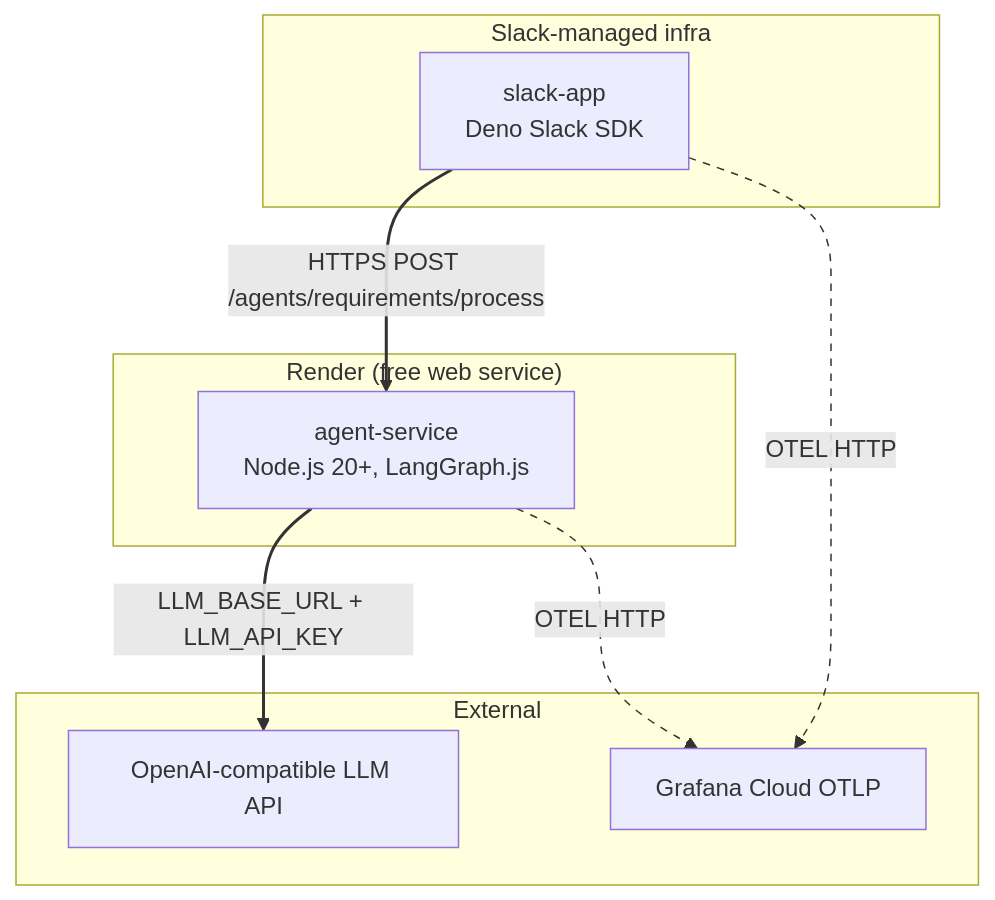
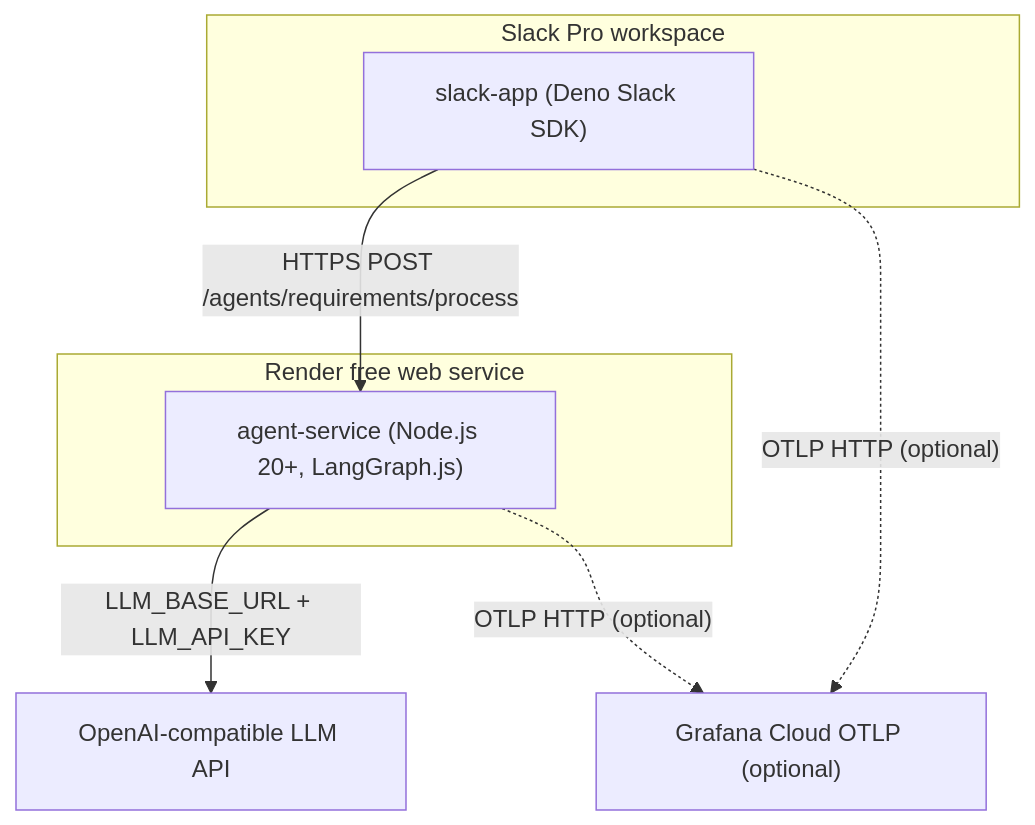
The diagram in .deploy-mate/development/architecture.md (fernando-delosrios-sp/sea-trial), drawn with Mermaid before and after one commit. The commit also changed other lines of this file and 4 other files, not shown here.

````diff
--- a/.deploy-mate/development/architecture.md
+++ b/.deploy-mate/development/architecture.md
@@ -11,21 +11,16 @@
 ```mermaid
 flowchart TB
-  subgraph slack["Slack-managed infra"]
-    slack-app["slack-app<br/>Deno Slack SDK"]
+  subgraph slack["Slack Pro workspace"]
+    slackapp["slack-app (Deno Slack SDK)"]
   end
-  subgraph render["Render (free web service)"]
-    agent-service["agent-service<br/>Node.js 20+, LangGraph.js"]
+  subgraph render["Render free web service"]
+    agent["agent-service (Node.js 20+, LangGraph.js)"]
   end
-  subgraph external["External"]
-    llm["OpenAI-compatible LLM API"]
-    grafana["Grafana Cloud OTLP"]
-  end
-
-  slack-app -->|"HTTPS POST /agents/requirements/process"| agent-service
-  agent-service -->|"LLM_BASE_URL + LLM_API_KEY"| llm
-  slack-app -.->|"OTEL HTTP"| grafana
-  agent-service -.->|"OTEL HTTP"| grafana
-
-  linkStyle 0,1 stroke:#333,stroke-width:2px
-  linkStyle 2,3 stroke:#333,stroke-width:1px,stroke-dasharray:5 5
+  llm["OpenAI-compatible LLM API"]
+  grafana["Grafana Cloud OTLP (optional)"]
+  
+  slackapp -->|"HTTPS POST /agents/requirements/process"| agent
+  agent -->|"LLM_BASE_URL + LLM_API_KEY"| llm
+  agent -.->|"OTLP HTTP (optional)"| grafana
+  slackapp -.->|"OTLP HTTP (optional)"| grafana
 ```
````
